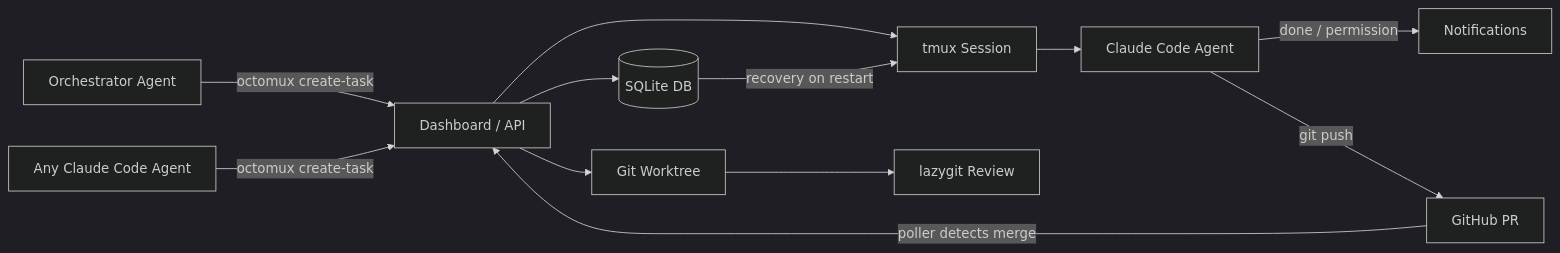
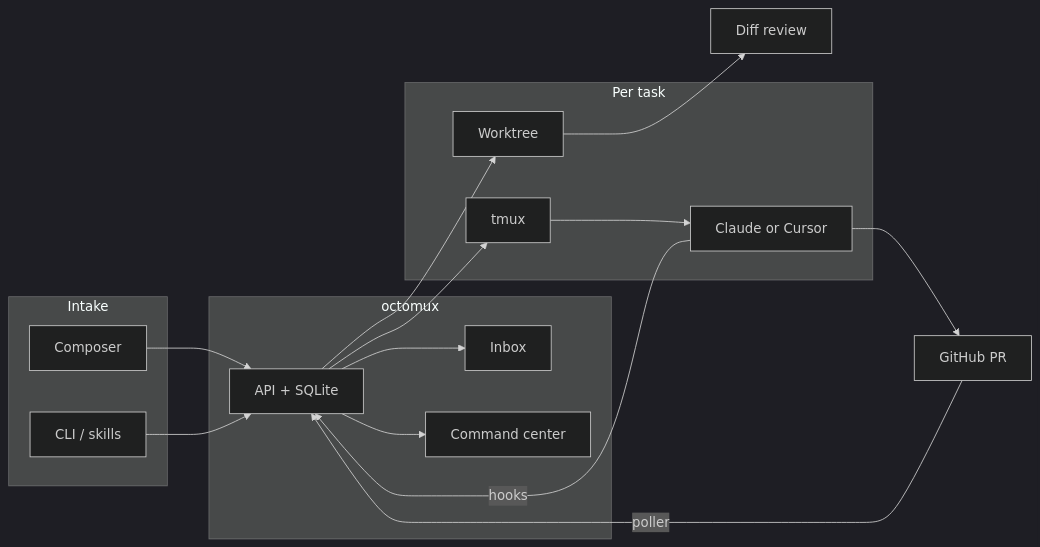
The diagram in README.md (ShreyPaharia/octomux), drawn with Mermaid (dark theme) before and after one commit. The commit also changed other lines of this file and 22 other files, not shown here.

````diff
--- a/README.md
+++ b/README.md
@@ -150,14 +96,28 @@
 ```mermaid
-graph LR
-    O[Orchestrator Agent] -->|octomux create-task| B[Dashboard / API]
-    A[Any Claude Code Agent] -->|octomux create-task| B
-    B --> C[Git Worktree]
-    B --> D[tmux Session]
-    B --> H[(SQLite DB)]
-    D --> E[Claude Code Agent]
-    E -->|done / permission| F[Notifications]
-    C --> G[lazygit Review]
-    H -->|recovery on restart| D
-    E -->|git push| P[GitHub PR]
-    P -->|poller detects merge| B
+flowchart LR
+  subgraph intake [Intake]
+    C[Composer]
+    CLI[CLI / skills]
+  end
+  subgraph core [octomux]
+    API[API + SQLite]
+    IN[Inbox]
+    BC[Command center]
+  end
+  subgraph run [Per task]
+    WT[Worktree]
+    TM[tmux]
+    H[Claude or Cursor]
+  end
+  C --> API
+  CLI --> API
+  API --> WT
+  API --> TM
+  TM --> H
+  H -->|hooks| API
+  API --> IN
+  API --> BC
+  WT --> DIFF[Diff review]
+  H --> GH[GitHub PR]
+  GH -->|poller| API
 ```
````
